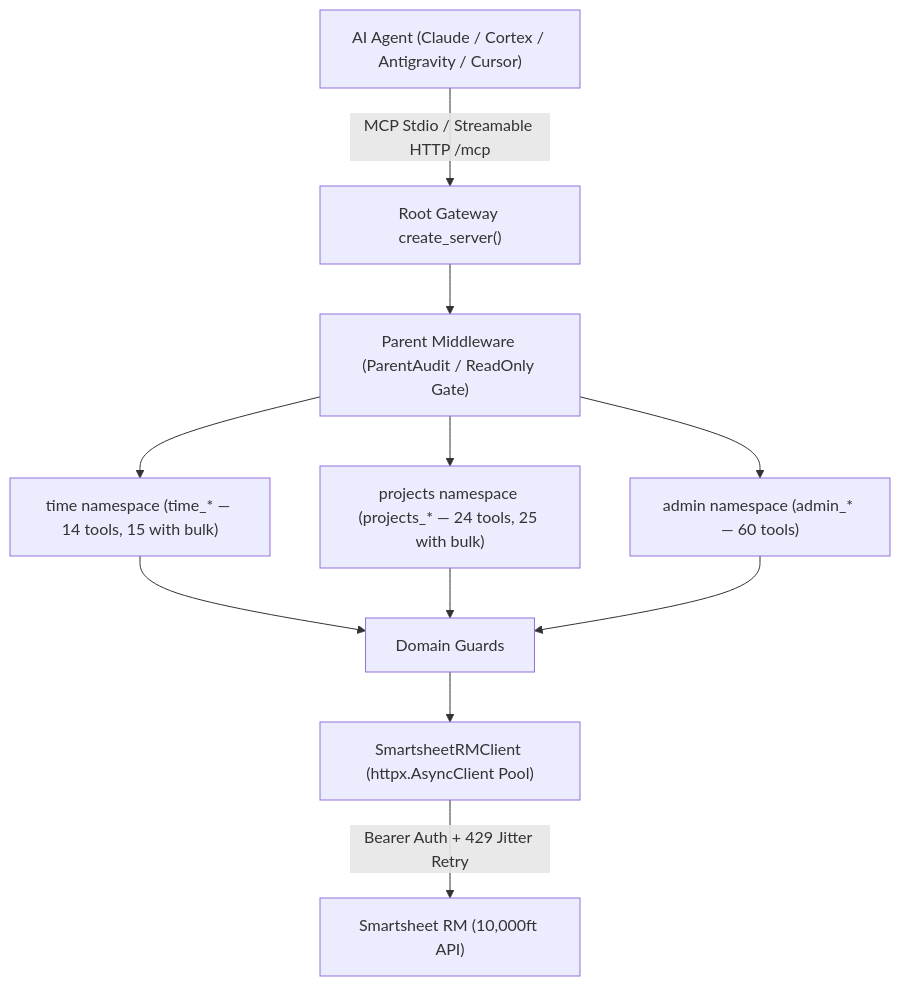
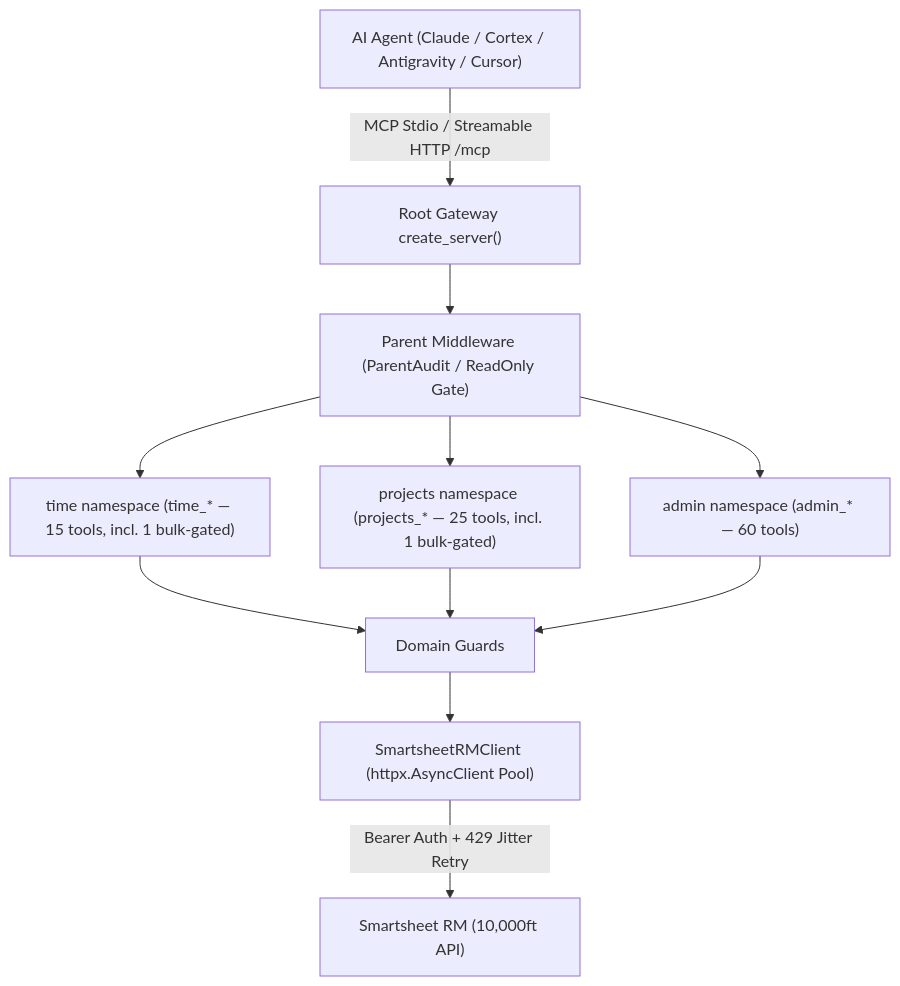
One commit to christianclaudio/mcp-server-smartsheet-rm changed the diagram in README.md. Above: the diagram before and after it, drawn with Mermaid. The commit also changed other lines of this file and 20 other files, not shown here.

````diff
--- a/README.md
+++ b/README.md
@@ -18,13 +18,13 @@
 ```mermaid
 graph TD
     Client["AI Agent (Claude / Cortex / Antigravity / Cursor)"] -->|"MCP Stdio / Streamable HTTP /mcp"| Server["Root Gateway create_server()"]
     Server --> Middle["Parent Middleware (ParentAudit / ReadOnly Gate)"]
-    Middle --> SubTime["time namespace (time_* — 14 tools, 15 with bulk)"]
-    Middle --> SubProj["projects namespace (projects_* — 24 tools, 25 with bulk)"]
+    Middle --> SubTime["time namespace (time_* — 15 tools, incl. 1 bulk-gated)"]
+    Middle --> SubProj["projects namespace (projects_* — 25 tools, incl. 1 bulk-gated)"]
     Middle --> SubAdmin["admin namespace (admin_* — 60 tools)"]
     SubTime --> Guards["Domain Guards"]
     SubProj --> Guards
     SubAdmin --> Guards
     Guards --> ClientPool["SmartsheetRMClient (httpx.AsyncClient Pool)"]
     ClientPool -->|"Bearer Auth + 429 Jitter Retry"| API["Smartsheet RM (10,000ft API)"]
 ```
````
